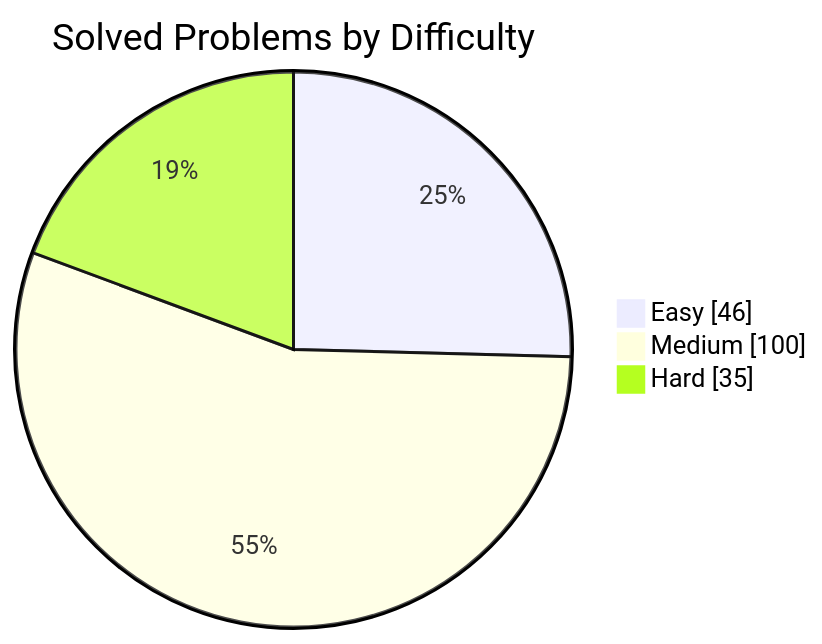
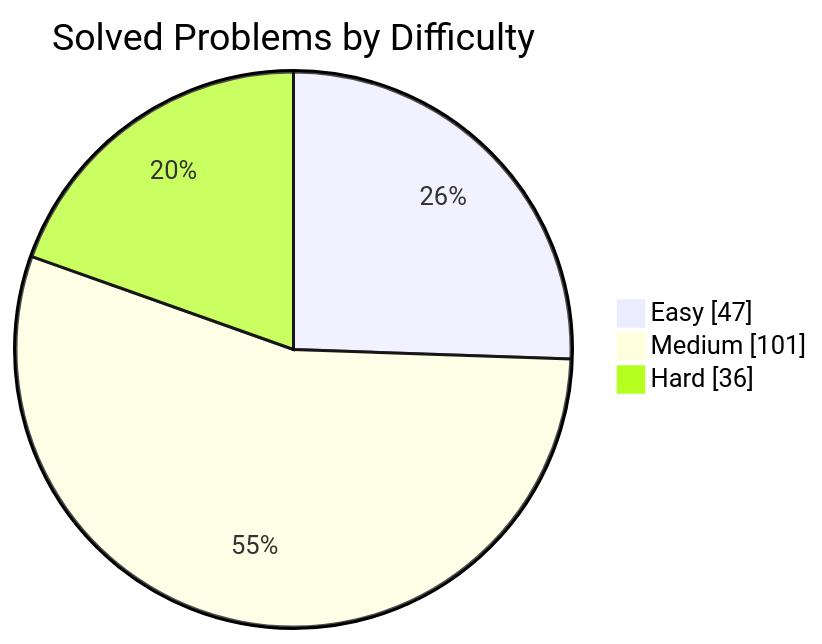
Before and after one commit to manikantbindass/DSA-Preparation-FAANG: the first of 2 diagrams in README.md, drawn with Mermaid. The commit also changed other lines of this file, not shown here.

````diff
--- a/README.md
+++ b/README.md
@@ -38,7 +38,7 @@
 ```mermaid
 pie showData
     title Solved Problems by Difficulty
-    "Easy" : 46
-    "Medium" : 100
-    "Hard" : 35
+    "Easy" : 47
+    "Medium" : 101
+    "Hard" : 36
 ```
````
